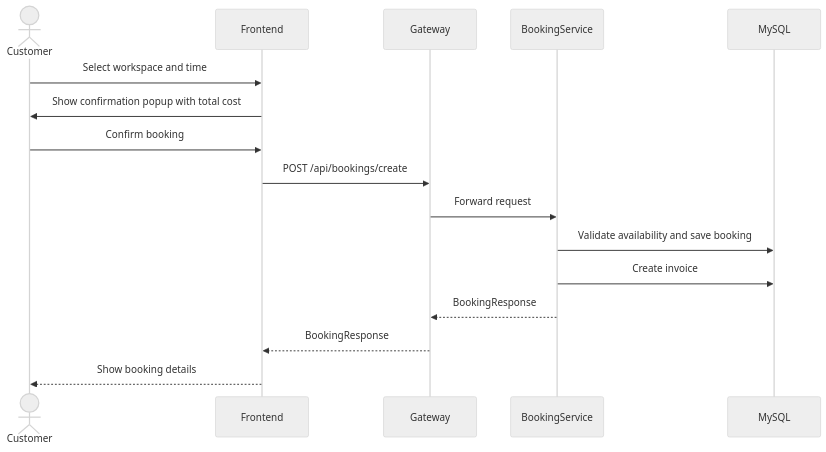
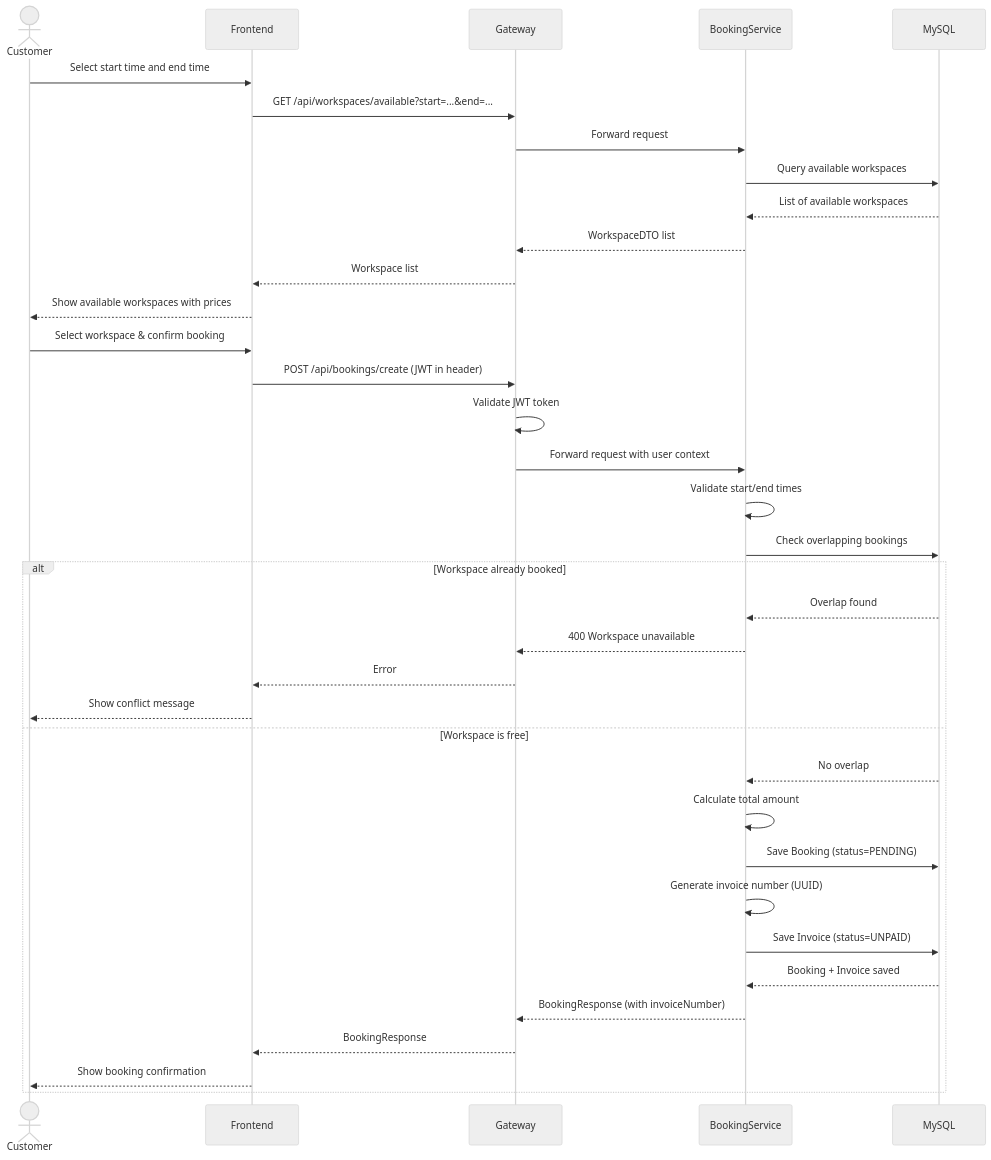
The sixth of 9 diagrams in SRS.md (Stain04/Cowork-hub), drawn with Mermaid (neutral theme) before and after one commit. The commit also changed other lines of this file, not shown here.

````diff
--- a/SRS.md
+++ b/SRS.md
@@ -500,19 +652,40 @@
 ```mermaid
 sequenceDiagram
     actor Customer
     participant Frontend
     participant Gateway
     participant BookingService
     participant MySQL
 
-    Customer->>Frontend: Select workspace and time
-    Frontend->>Customer: Show confirmation popup with total cost
-    Customer->>Frontend: Confirm booking
-    Frontend->>Gateway: POST /api/bookings/create
+    Customer->>Frontend: Select start time and end time
+    Frontend->>Gateway: GET /api/workspaces/available?start=...&end=...
     Gateway->>BookingService: Forward request
-    BookingService->>MySQL: Validate availability and save booking
-    BookingService->>MySQL: Create invoice
-    BookingService-->>Gateway: BookingResponse
-    Gateway-->>Frontend: BookingResponse
-    Frontend-->>Customer: Show booking details
+    BookingService->>MySQL: Query available workspaces
+    MySQL-->>BookingService: List of available workspaces
+    BookingService-->>Gateway: WorkspaceDTO list
+    Gateway-->>Frontend: Workspace list
+    Frontend-->>Customer: Show available workspaces with prices
+
+    Customer->>Frontend: Select workspace & confirm booking
+    Frontend->>Gateway: POST /api/bookings/create (JWT in header)
+    Gateway->>Gateway: Validate JWT token
+    Gateway->>BookingService: Forward request with user context
+    BookingService->>BookingService: Validate start/end times
+    BookingService->>MySQL: Check overlapping bookings
+    alt Workspace already booked
+        MySQL-->>BookingService: Overlap found
+        BookingService-->>Gateway: 400 Workspace unavailable
+        Gateway-->>Frontend: Error
+        Frontend-->>Customer: Show conflict message
+    else Workspace is free
+        MySQL-->>BookingService: No overlap
+        BookingService->>BookingService: Calculate total amount
+        BookingService->>MySQL: Save Booking (status=PENDING)
+        BookingService->>BookingService: Generate invoice number (UUID)
+        BookingService->>MySQL: Save Invoice (status=UNPAID)
+        MySQL-->>BookingService: Booking + Invoice saved
+        BookingService-->>Gateway: BookingResponse (with invoiceNumber)
+        Gateway-->>Frontend: BookingResponse
+        Frontend-->>Customer: Show booking confirmation
+    end
 ```
````
